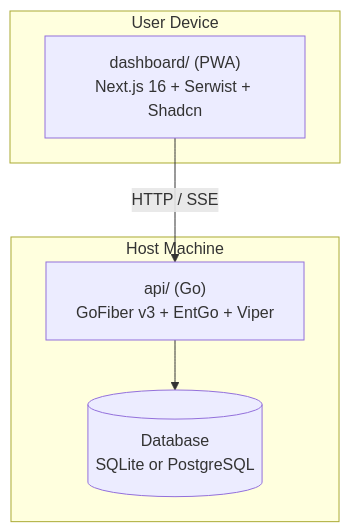
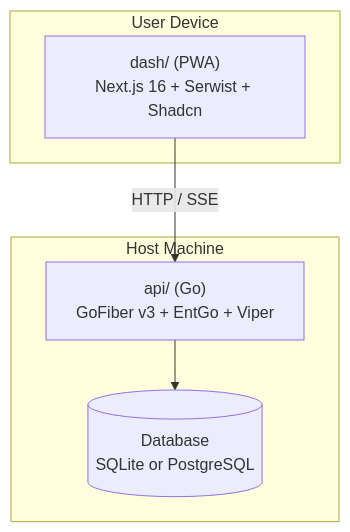
One commit to kilip/opus changed the first of 4 diagrams in docs/ARCHITECTURE.md. Above: the diagram before and after it, drawn with Mermaid. The commit also changed other lines of this file and 112 other files, not shown here.

Commit message:
refactor: rename dashboard directory to dash

````diff
--- a/docs/ARCHITECTURE.md
+++ b/docs/ARCHITECTURE.md
@@ -55,14 +55,14 @@
 ```mermaid
 graph TD
     subgraph "User Device"
-        WEB["dashboard/ (PWA)<br/>Next.js 16 + Serwist + Shadcn"]
+        WEB["dash/ (PWA)<br/>Next.js 16 + Serwist + Shadcn"]
     end
 
     subgraph "Host Machine"
         API["api/ (Go)<br/>GoFiber v3 + EntGo + Viper"]
         DB[("Database<br/>SQLite or PostgreSQL")]
     end
 
     WEB -- "HTTP / SSE" --> API
     API --> DB
 ```
````
